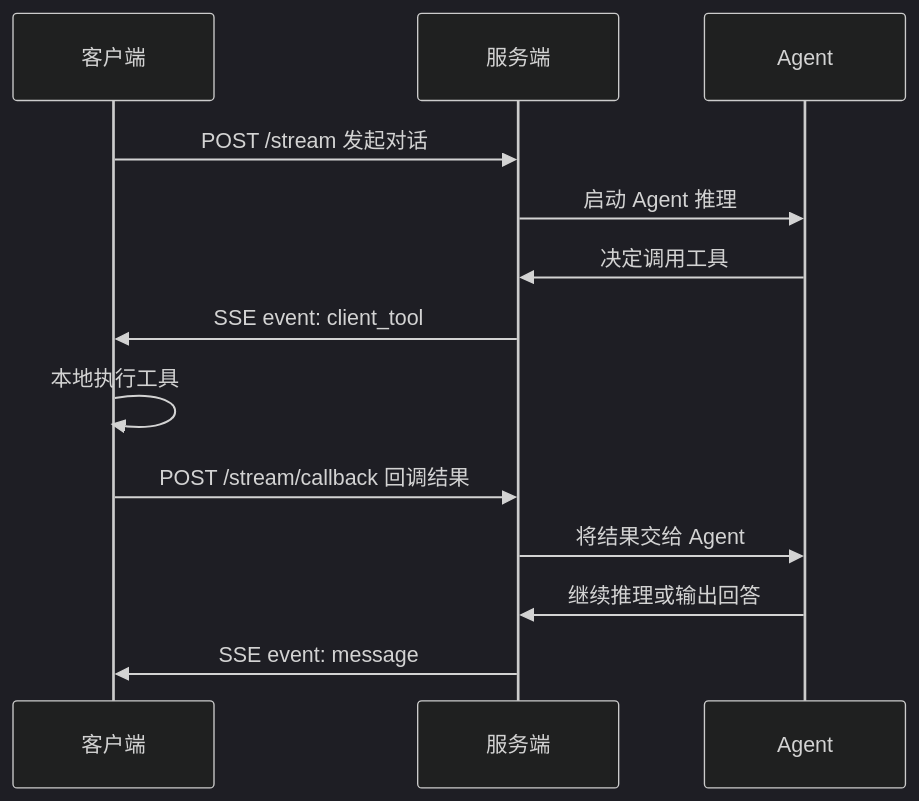
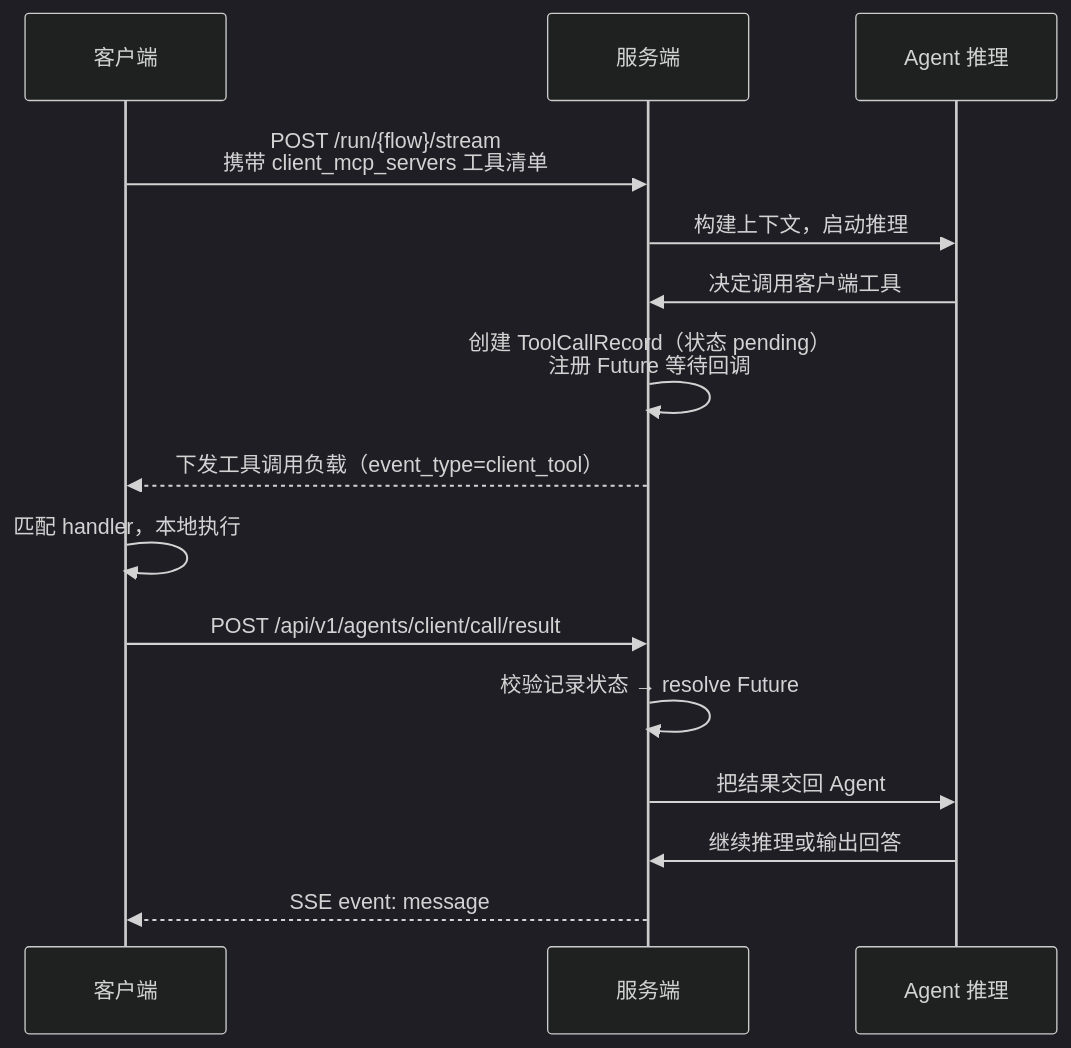
Before and after one commit to snz1dp/taiyiflow: the first of 2 diagrams in src/integration/client-tool-protocol.md, drawn with Mermaid (dark theme). The commit also changed other lines of this file and 37 other files, not shown here.

````diff
--- a/src/integration/client-tool-protocol.md
+++ b/src/integration/client-tool-protocol.md
@@ -7,16 +7,18 @@
 ```mermaid
 sequenceDiagram
     participant C as 客户端
     participant S as 服务端
-    participant A as Agent
+    participant A as Agent 推理
 
-    C->>S: POST /stream 发起对话
-    S->>A: 启动 Agent 推理
-    A->>S: 决定调用工具
-    S->>C: SSE event: client_tool
-    C->>C: 本地执行工具
-    C->>S: POST /stream/callback 回调结果
-    S->>A: 将结果交给 Agent
+    C->>S: POST /run/{flow}/stream<br/>携带 client_mcp_servers 工具清单
+    S->>A: 构建上下文，启动推理
+    A->>S: 决定调用客户端工具
+    S->>S: 创建 ToolCallRecord（状态 pending）<br/>注册 Future 等待回调
+    S-->>C: 下发工具调用负载（event_type=client_tool）
+    C->>C: 匹配 handler，本地执行
+    C->>S: POST /api/v1/agents/client/call/result
+    S->>S: 校验记录状态 → resolve Future
+    S->>A: 把结果交回 Agent
     A->>S: 继续推理或输出回答
-    S->>C: SSE event: message
+    S-->>C: SSE event: message
 ```
````
